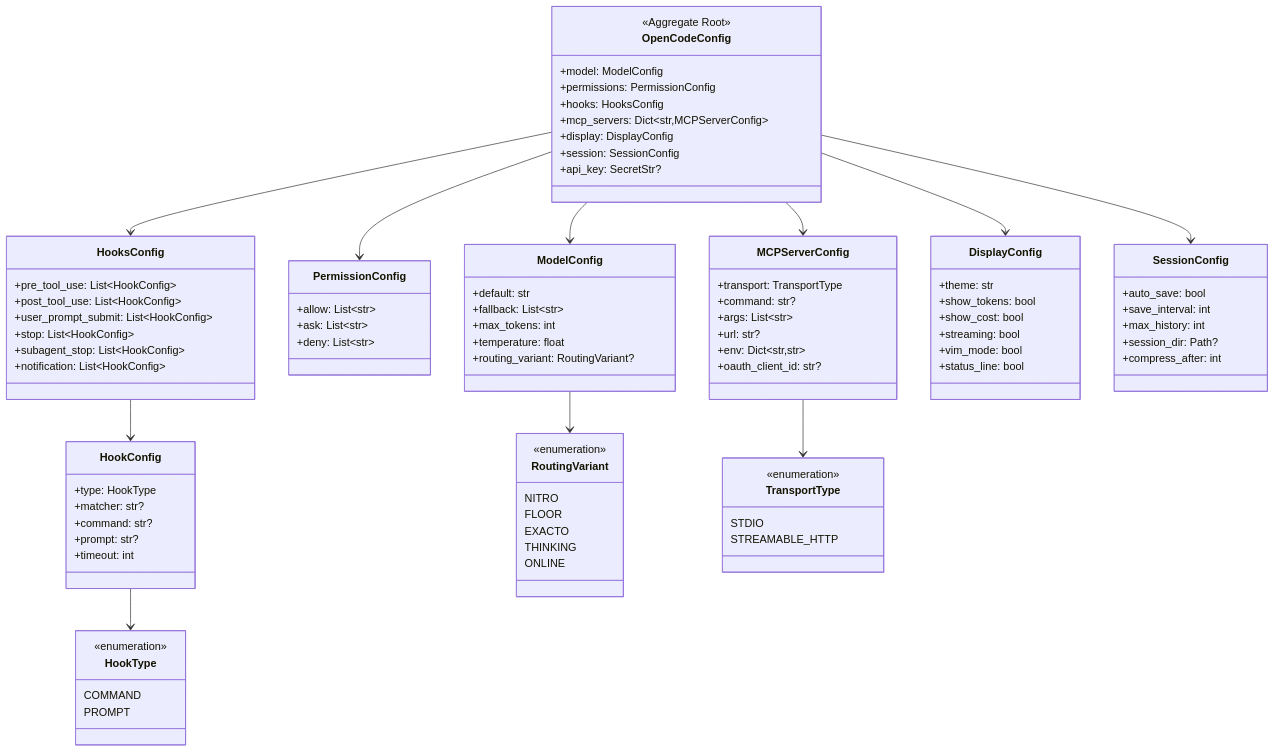
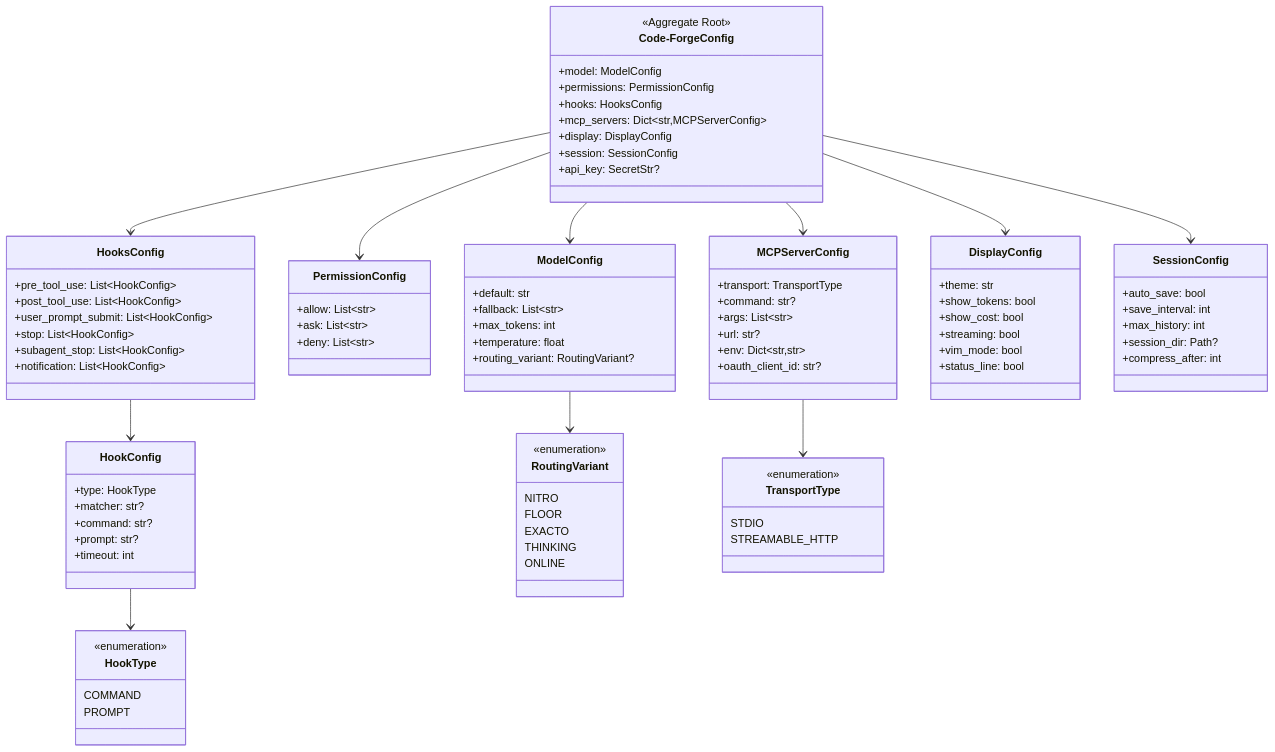
One commit to corey-rosamond/Code-Forge changed the first of 8 diagrams in .ai/phase/1.2/UML.md. Above: the diagram before and after it, drawn with Mermaid. The commit also changed other lines of this file and 505 other files, not shown here.

First line of the commit message:
Rename project from OpenCode to Code-Forge

````diff
--- a/.ai/phase/1.2/UML.md
+++ b/.ai/phase/1.2/UML.md
@@ -11,6 +11,6 @@
 ```mermaid
 classDiagram
-    class OpenCodeConfig {
+    class Code-ForgeConfig {
         <<Aggregate Root>>
         +model: ModelConfig
         +permissions: PermissionConfig
@@ -99,12 +99,12 @@
         PROMPT
     }
 
-    OpenCodeConfig --> ModelConfig
-    OpenCodeConfig --> PermissionConfig
-    OpenCodeConfig --> HooksConfig
-    OpenCodeConfig --> MCPServerConfig
-    OpenCodeConfig --> DisplayConfig
-    OpenCodeConfig --> SessionConfig
+    Code-ForgeConfig --> ModelConfig
+    Code-ForgeConfig --> PermissionConfig
+    Code-ForgeConfig --> HooksConfig
+    Code-ForgeConfig --> MCPServerConfig
+    Code-ForgeConfig --> DisplayConfig
+    Code-ForgeConfig --> SessionConfig
     ModelConfig --> RoutingVariant
     HooksConfig --> HookConfig
     HookConfig --> HookType
````
